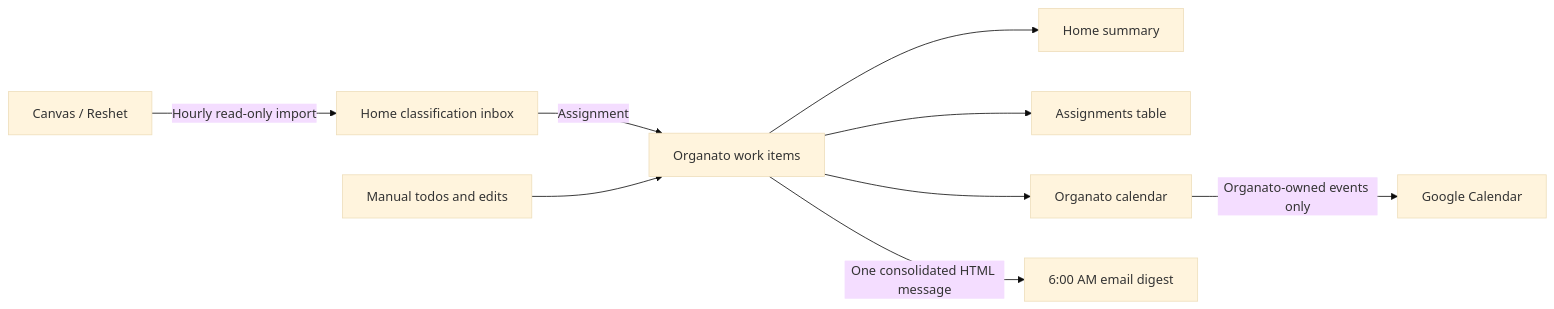
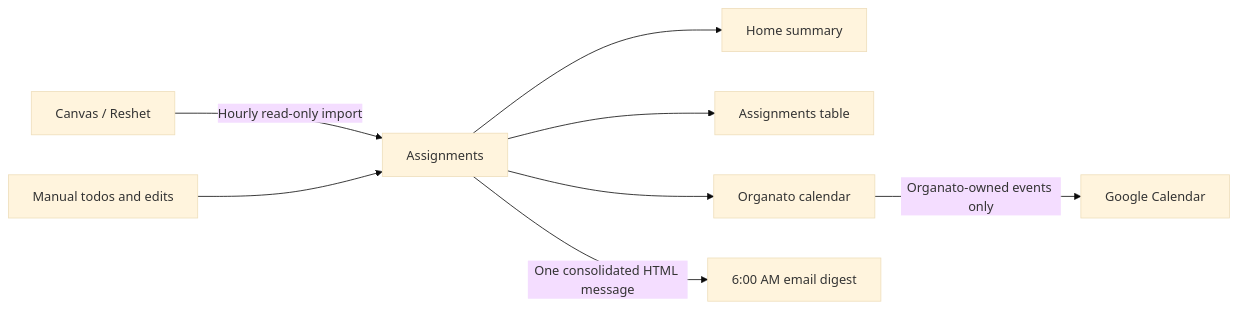
One commit to etphli/organato changed the diagram in README.md. Above: the diagram before and after it, drawn with Mermaid (base theme). The commit also changed other lines of this file and 25 other files, not shown here.

First line of the commit message:
Remove classification workflow from Assignments (#26)

````diff
--- a/README.md
+++ b/README.md
@@ -72,11 +72,10 @@
 ```mermaid
 flowchart LR
-    Canvas["Canvas / Reshet"] -->|"Hourly read-only import"| Inbox["Home classification inbox"]
-    Inbox -->|"Assignment"| Work["Organato work items"]
+    Canvas["Canvas / Reshet"] -->|"Hourly read-only import"| Work["Assignments"]
     Manual["Manual todos and edits"] --> Work
     Work --> Home["Home summary"]
     Work --> Tables["Assignments table"]
     Work --> Calendar["Organato calendar"]
     Calendar -->|"Organato-owned events only"| Google["Google Calendar"]
     Work -->|"One consolidated HTML message"| Email["6:00 AM email digest"]
 ```
````
